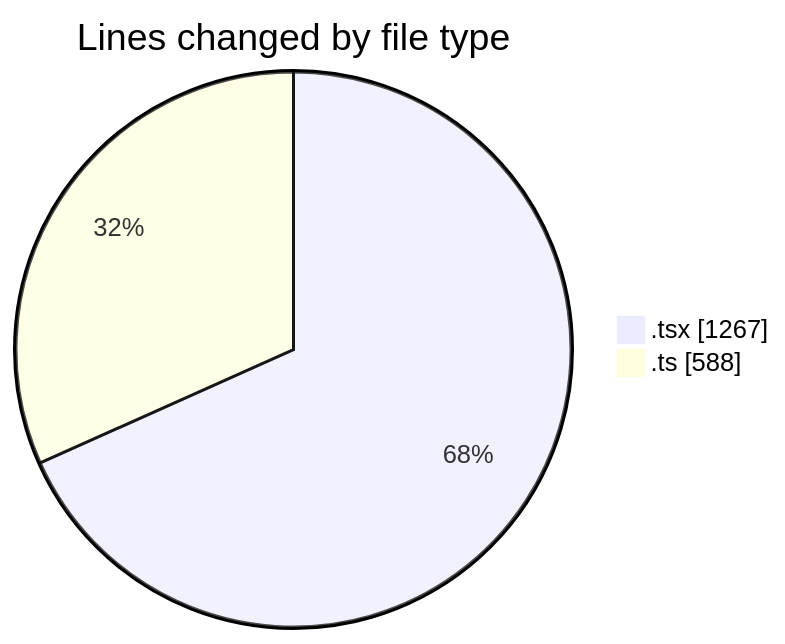
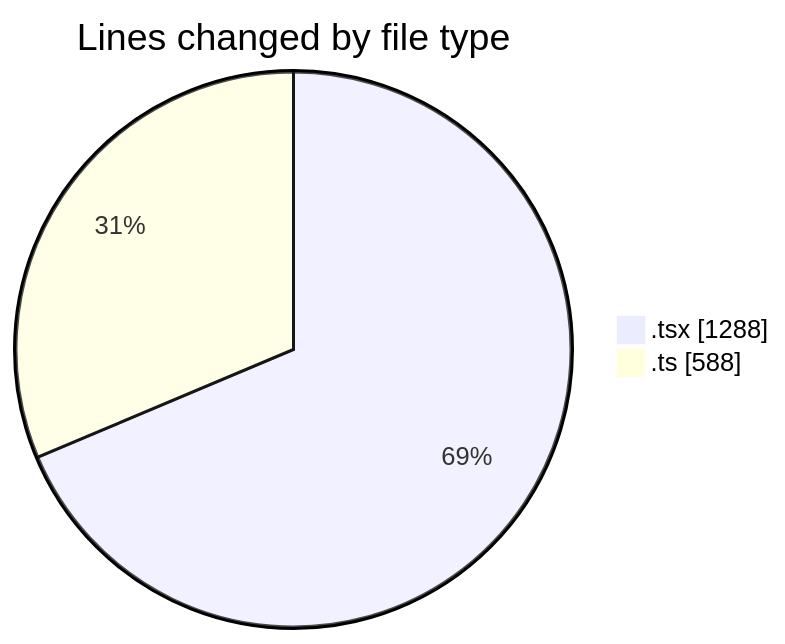
One commit to nxtqubesakshisongat/code-tracking changed the first of 2 diagrams in 2026-04-17/airfeed-analytics-dashboard/README.md. Above: the diagram before and after it, drawn with Mermaid. The commit also changed other lines of this file and 1 other file, not shown here.

````diff
--- a/2026-04-17/airfeed-analytics-dashboard/README.md
+++ b/2026-04-17/airfeed-analytics-dashboard/README.md
@@ -29,6 +29,6 @@
 ```mermaid
 pie showData
 title Lines changed by file type
-".tsx" : 1267
+".tsx" : 1288
 ".ts" : 588
 ```
````
